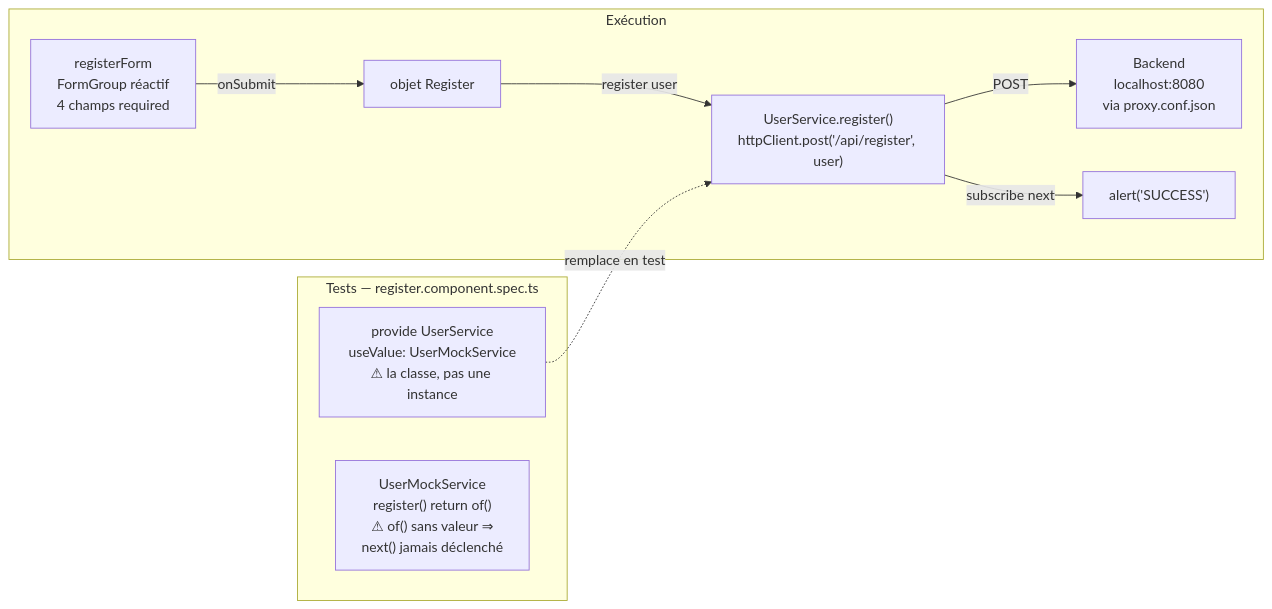
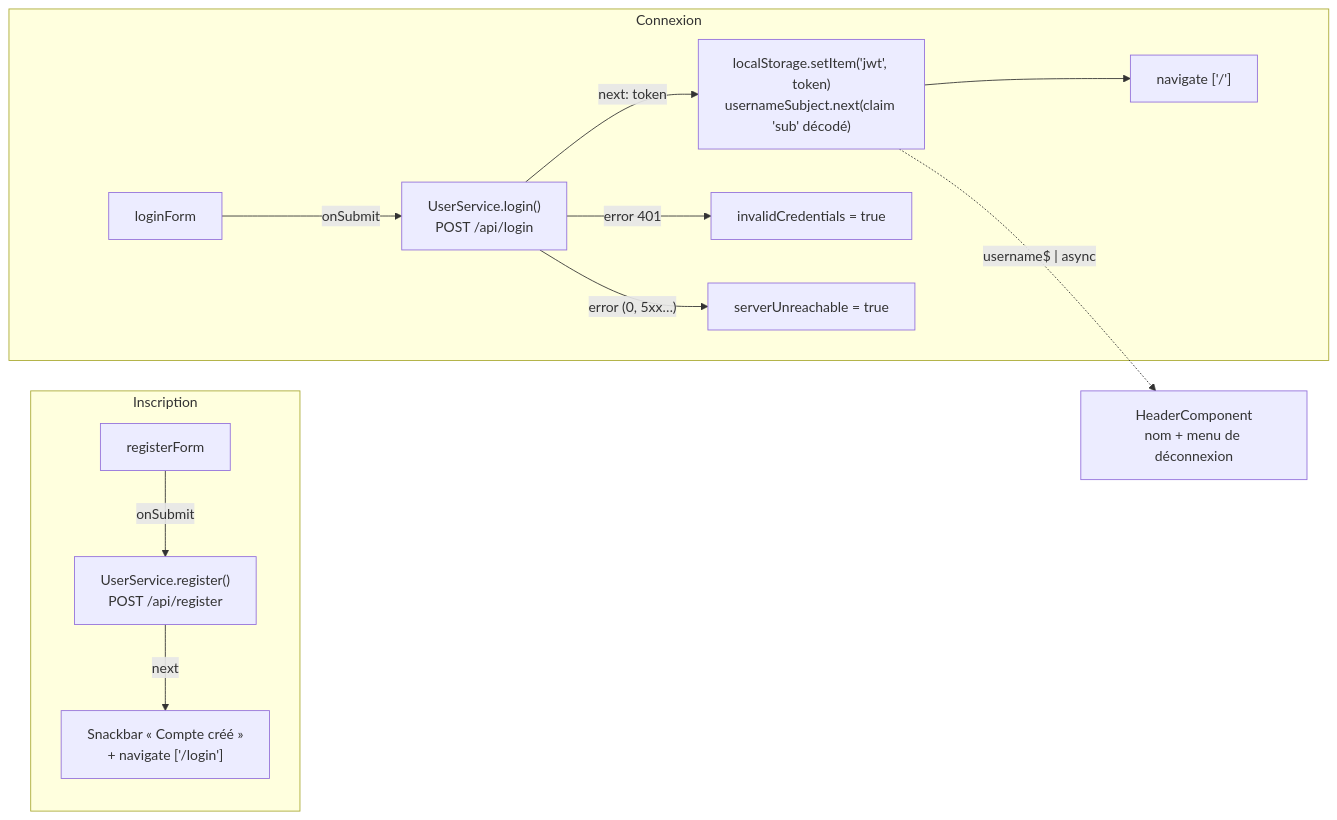
The second of 3 diagrams in documentation/architecture.md (negstek/Front-end-Testez-et-ameliorez-une-app), drawn with Mermaid before and after one commit. The commit also changed other lines of this file and 1 other file, not shown here.

First line of the commit message:
Replace alert() with a Material snackbar on registration, refresh docs

````diff
--- a/documentation/architecture.md
+++ b/documentation/architecture.md
@@ -97,13 +116,15 @@
 ```mermaid
 flowchart LR
-    subgraph EXECUTION["Exécution"]
-        F1["registerForm\nFormGroup réactif\n4 champs required"] -->|onSubmit| F2["objet Register"]
-        F2 -->|register user| F3["UserService.register()\nhttpClient.post('/api/register', user)"]
-        F3 -->|POST| F4["Backend\nlocalhost:8080\nvia proxy.conf.json"]
-        F3 -->|subscribe next| F5["alert('SUCCESS')"]
+    subgraph INSCRIPTION["Inscription"]
+        R1["registerForm"] -->|onSubmit| R2["UserService.register()\nPOST /api/register"]
+        R2 -->|next| R3["Snackbar « Compte créé »\n+ navigate ['/login']"]
     end
-    subgraph TESTS["Tests — register.component.spec.ts"]
-        T1["provide UserService\nuseValue: UserMockService\n⚠ la classe, pas une instance"] -. remplace en test .-> F3
-        T2["UserMockService\nregister() return of()\n⚠ of() sans valeur ⇒\nnext() jamais déclenché"]
+    subgraph CONNEXION["Connexion"]
+        L1["loginForm"] -->|onSubmit| L2["UserService.login()\nPOST /api/login"]
+        L2 -->|"next: token"| L3["localStorage.setItem('jwt', token)\nusernameSubject.next(claim 'sub' décodé)"]
+        L3 --> L4["navigate ['/']"]
+        L2 -->|"error 401"| L5["invalidCredentials = true"]
+        L2 -->|"error (0, 5xx…)"| L6["serverUnreachable = true"]
     end
+    L3 -.->|"username$ | async"| H["HeaderComponent\nnom + menu de déconnexion"]
 ```
````
